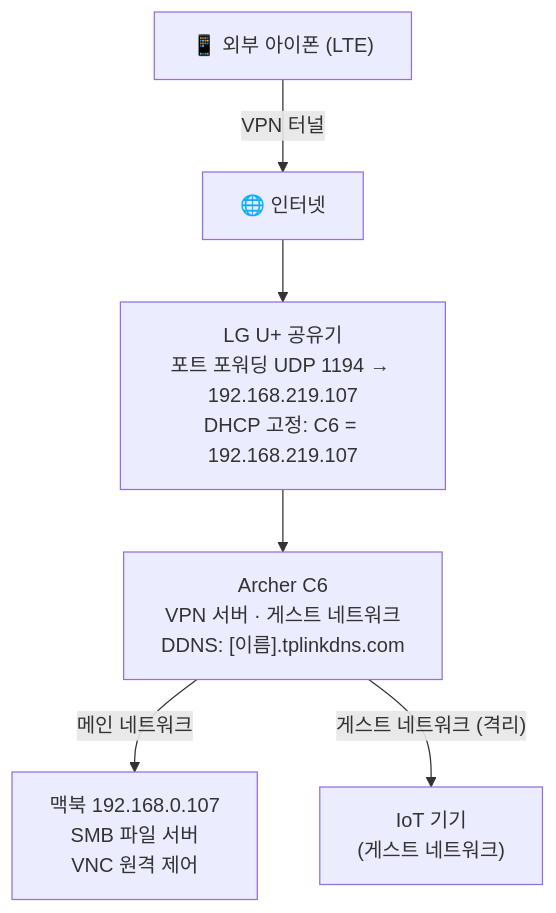
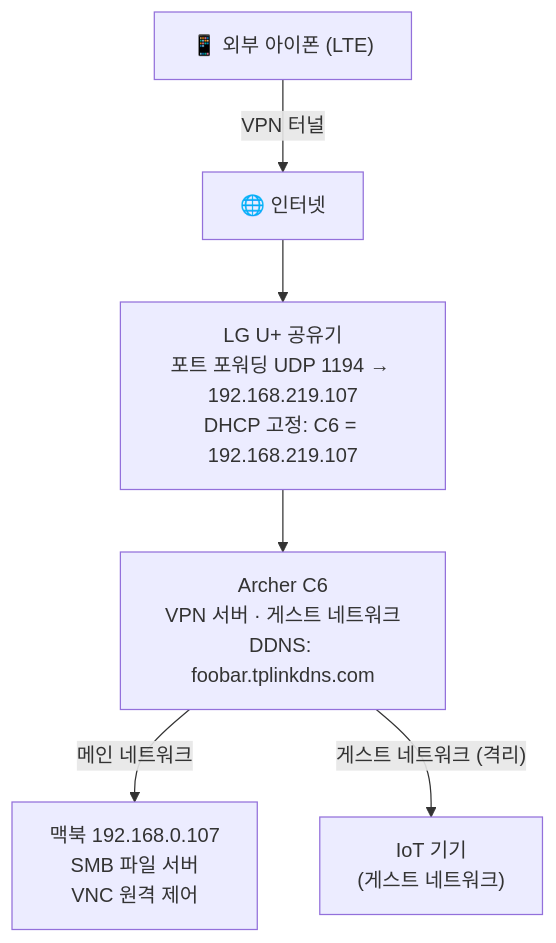
Before and after one commit to samcho0608/samcho0608.github.io: the diagram in content/ko/router-vpn-03.md, drawn with Mermaid. The commit also changed other lines of this file and 5 other files, not shown here.

````diff
--- a/content/ko/router-vpn-03.md
+++ b/content/ko/router-vpn-03.md
@@ -114,15 +112,15 @@
 ```mermaid
 graph TD
     Internet["🌐 인터넷"]
     LG["LG U+ 공유기<br/>포트 포워딩 UDP 1194 → 192.168.219.107<br/>DHCP 고정: C6 = 192.168.219.107"]
-    C6["Archer C6<br/>VPN 서버 · 게스트 네트워크<br/>DDNS: [이름].tplinkdns.com"]
+    C6["Archer C6<br/>VPN 서버 · 게스트 네트워크<br/>DDNS: foobar.tplinkdns.com"]
     MacBook["맥북 192.168.0.107<br/>SMB 파일 서버<br/>VNC 원격 제어"]
     IoT["IoT 기기<br/>(게스트 네트워크)"]
     Outside["📱 외부 아이폰 (LTE)"]
 
     Internet --> LG
     LG --> C6
     C6 -->|"메인 네트워크"| MacBook
     C6 -->|"게스트 네트워크 (격리)"| IoT
     Outside -->|"VPN 터널"| Internet
 ```
````
